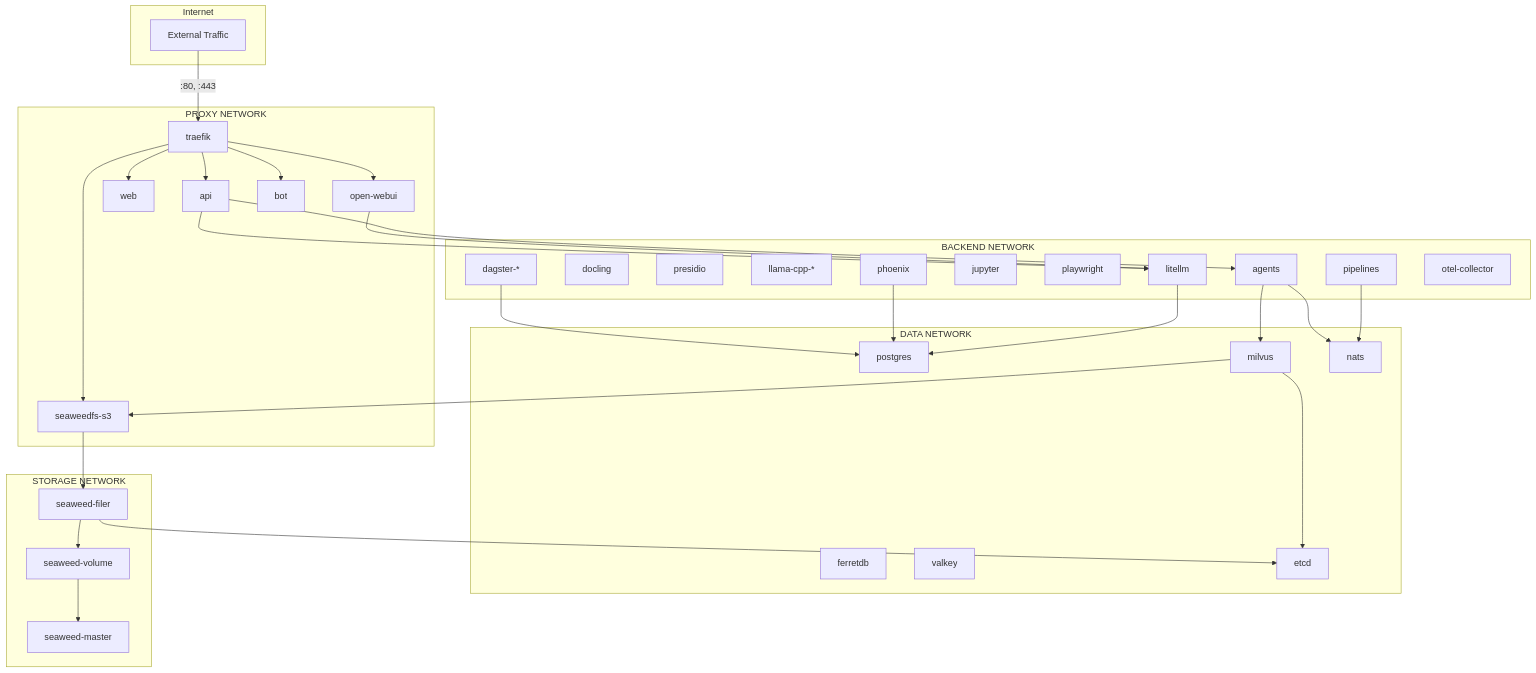
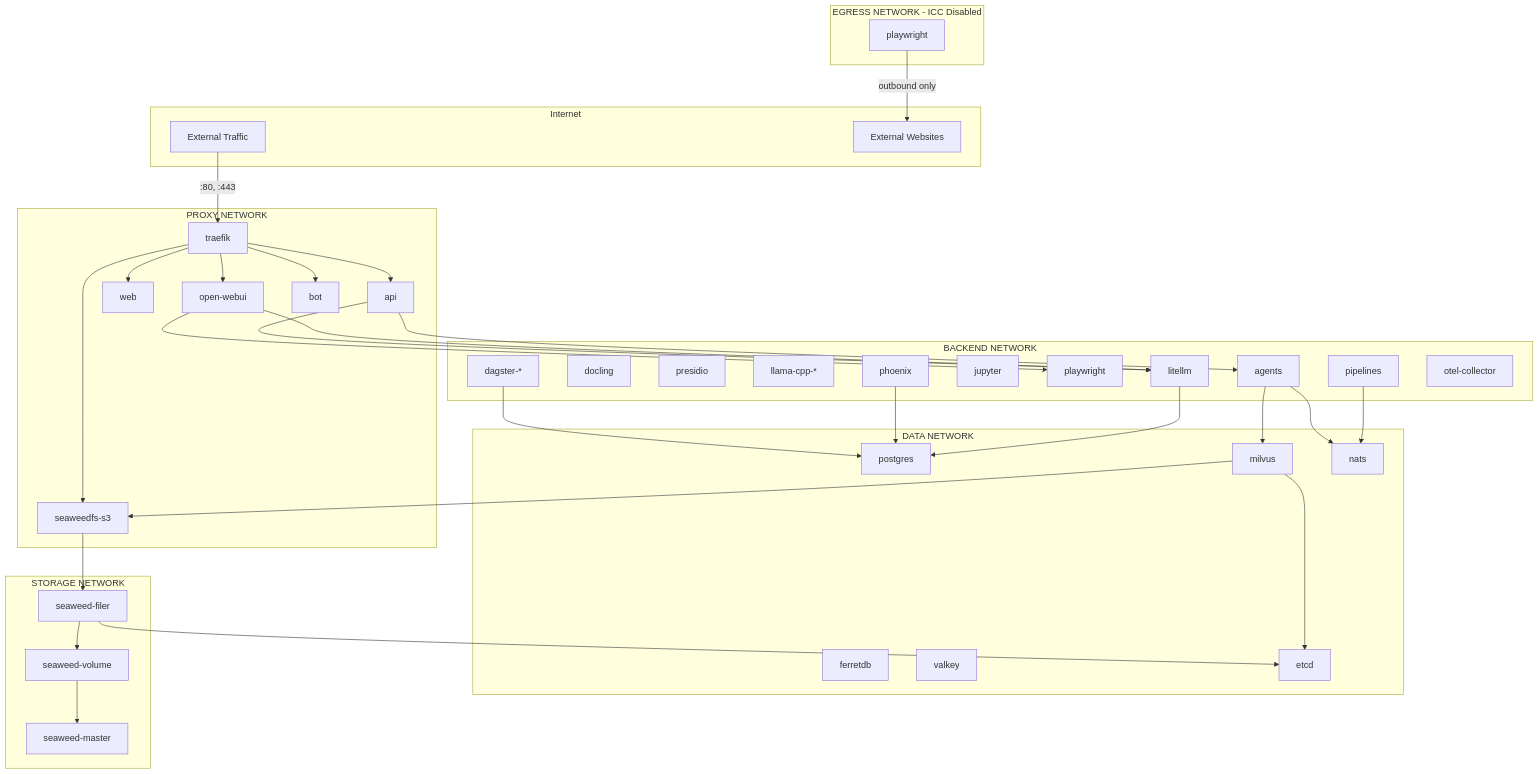
The diagram in aihub_doc/docs/2_platform/2_architecture/4_network_isolation/index.en.md (bbvch-ai/aihub-core), drawn with Mermaid before and after one commit. The commit also changed other lines of this file and 15 other files, not shown here.

Commit message:
Introduce `egress` Docker network for outbound-only internet access with ICC disabled and update `playwright` service to use it.

````diff
--- a/aihub_doc/docs/2_platform/2_architecture/4_network_isolation/index.en.md
+++ b/aihub_doc/docs/2_platform/2_architecture/4_network_isolation/index.en.md
@@ -80,68 +91,76 @@
 ```mermaid
 flowchart TB
     subgraph Internet
         ext[External Traffic]
+        websites[External Websites]
     end
 
     subgraph proxy[PROXY NETWORK]
         traefik[traefik]
         api[api]
         web[web]
         openwebui[open-webui]
         bot[bot]
         s3proxy[seaweedfs-s3]
     end
 
     subgraph backend[BACKEND NETWORK]
         litellm[litellm]
         docling[docling]
         presidio[presidio]
         llama[llama-cpp-*]
         agents[agents]
         jupyter[jupyter]
         playwright[playwright]
         dagster[dagster-*]
         pipelines[pipelines]
         phoenix[phoenix]
         otel[otel-collector]
+    end
+
+    subgraph egress[EGRESS NETWORK - ICC Disabled]
+        playwright_egress[playwright]
     end
 
     subgraph data[DATA NETWORK]
         postgres[postgres]
         ferretdb[ferretdb]
         milvus[milvus]
         valkey[valkey]
         nats[nats]
         etcd[etcd]
     end
 
     subgraph storage[STORAGE NETWORK]
         swmaster[seaweed-master]
         swvolume[seaweed-volume]
         swfiler[seaweed-filer]
     end
 
     ext -->|:80, :443| traefik
     traefik --> api
     traefik --> web
     traefik --> openwebui
     traefik --> bot
     traefik --> s3proxy
 
     api --> litellm
     api --> agents
     openwebui --> litellm
+    openwebui --> playwright
     agents --> nats
     agents --> milvus
     pipelines --> nats
     dagster --> postgres
     phoenix --> postgres
     litellm --> postgres
 
     milvus --> etcd
     milvus --> s3proxy
     swfiler --> etcd
     s3proxy --> swfiler
     swfiler --> swvolume
     swvolume --> swmaster
+
+    playwright_egress -->|outbound only| websites
 ```
````
